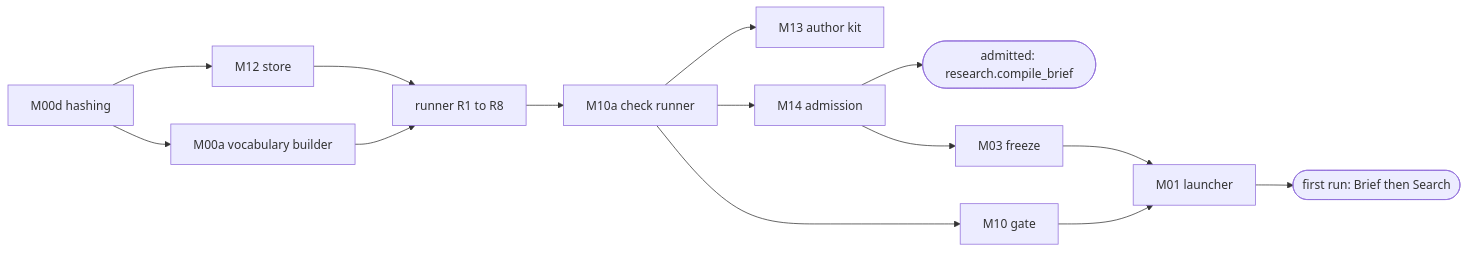
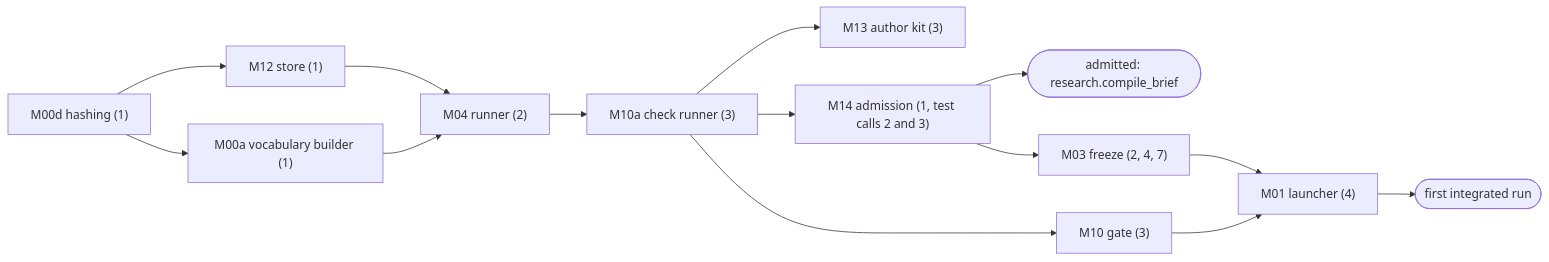
One commit to Stellven/jiuwenswarm changed the second of 2 diagrams in docs/architecture/capsule/toolchain.md. Above: the diagram before and after it, drawn with Mermaid. The commit also changed other lines of this file and 324 other files, not shown here.

First line of the commit message:
Reorganize architecture library into one thin, current M1 design

````diff
--- a/docs/architecture/capsule/toolchain.md
+++ b/docs/architecture/capsule/toolchain.md
@@ -269,16 +334,16 @@
 ```mermaid
 flowchart LR
-    H["M00d hashing"] --> ST["M12 store"]
-    H --> VB["M00a vocabulary builder"]
-    ST --> RUN["runner R1 to R8"]
+    H["M00d hashing (1)"] --> ST["M12 store (1)"]
+    H --> VB["M00a vocabulary builder (1)"]
+    ST --> RUN["M04 runner (2)"]
     VB --> RUN
-    RUN --> CR["M10a check runner"]
-    CR --> KIT["M13 author kit"]
-    CR --> ADM["M14 admission"]
+    RUN --> CR["M10a check runner (3)"]
+    CR --> KIT["M13 author kit (3)"]
+    CR --> ADM["M14 admission (1, test calls 2 and 3)"]
     ADM --> T1(["admitted: research.compile_brief"])
-    ADM --> FRZ["M03 freeze"]
-    CR --> GT["M10 gate"]
-    FRZ --> LN["M01 launcher"]
+    ADM --> FRZ["M03 freeze (2, 4, 7)"]
+    CR --> GT["M10 gate (3)"]
+    FRZ --> LN["M01 launcher (4)"]
     GT --> LN
-    LN --> T2(["first run: Brief then Search"])
+    LN --> T2(["first integrated run"])
 ```
````
